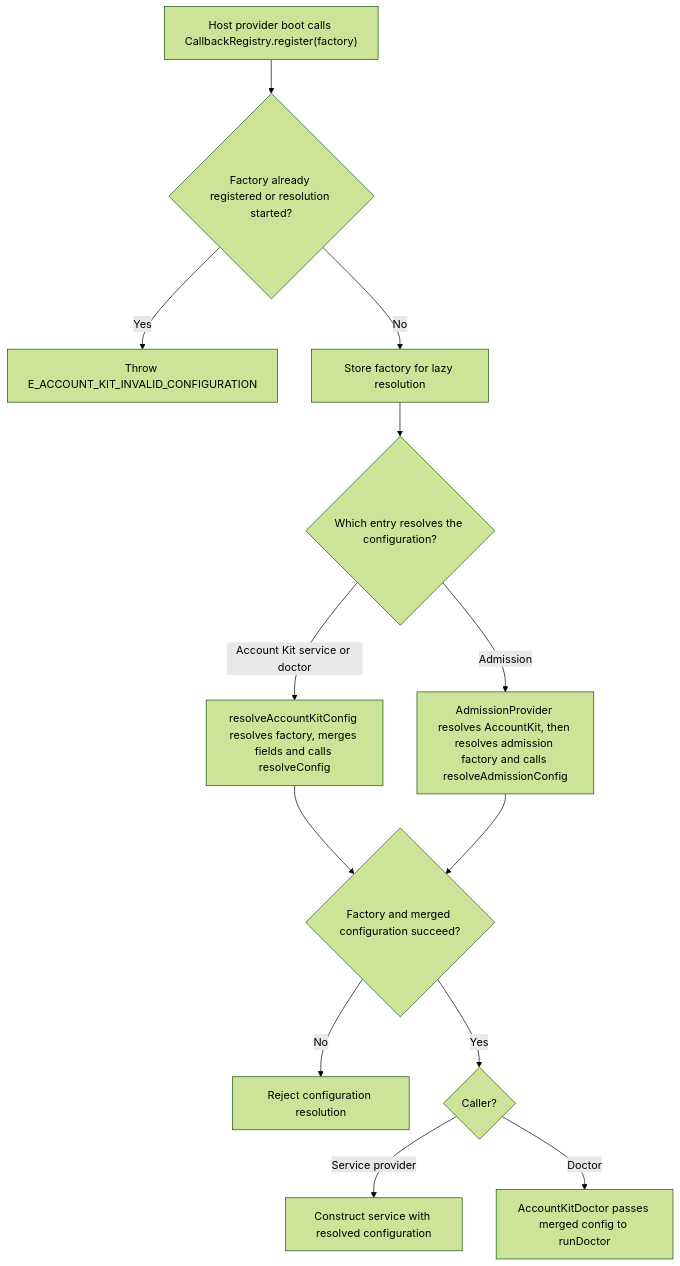
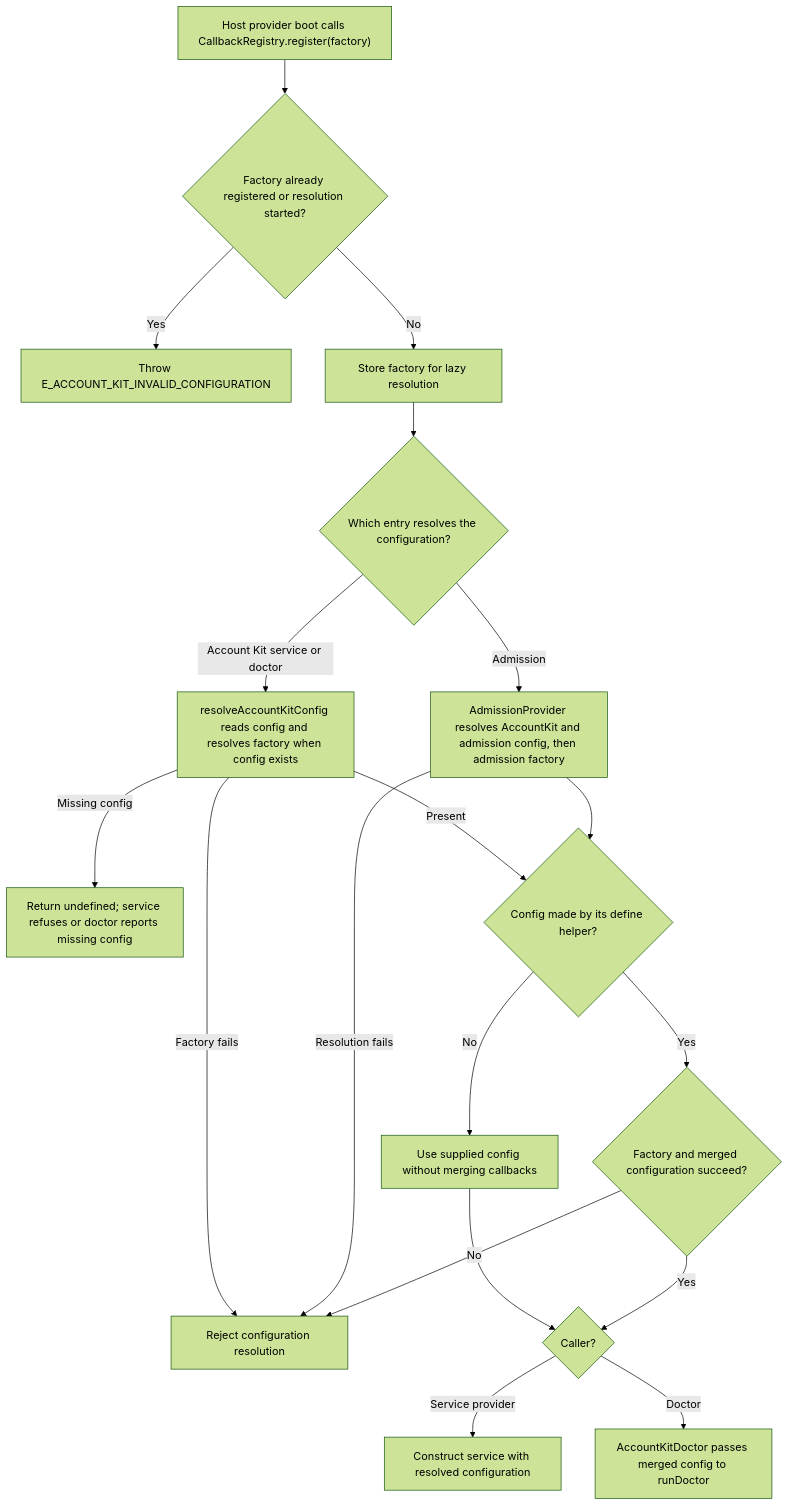
Before and after one commit to Kevinjohn/oss-adonisjs-account-kit: the second of 2 diagrams in user-stories/US-ACCOUNT-65-register-provider-callbacks.md, drawn with Mermaid (forest theme). The commit also changed other lines of this file and 42 other files, not shown here.

````diff
--- a/user-stories/US-ACCOUNT-65-register-provider-callbacks.md
+++ b/user-stories/US-ACCOUNT-65-register-provider-callbacks.md
@@ -34,15 +35,21 @@
 ```mermaid
 flowchart TD
     A["Host provider boot calls CallbackRegistry.register(factory)"] --> B{"Factory already registered or resolution started?"}
     B -->|Yes| X["Throw E_ACCOUNT_KIT_INVALID_CONFIGURATION"]
     B -->|No| C["Store factory for lazy resolution"]
     C --> D{"Which entry resolves the configuration?"}
-    D -->|Account Kit service or doctor| E["resolveAccountKitConfig resolves factory, merges fields and calls resolveConfig"]
-    D -->|Admission| F["AdmissionProvider resolves AccountKit, then resolves admission factory and calls resolveAdmissionConfig"]
-    E --> G{"Factory and merged configuration succeed?"}
-    F --> G
-    G -->|No| I["Reject configuration resolution"]
+    D -->|Account Kit service or doctor| E["resolveAccountKitConfig reads config and resolves factory when config exists"]
+    D -->|Admission| F["AdmissionProvider resolves AccountKit and admission config, then admission factory"]
+    E -->|Missing config| M["Return undefined; service refuses or doctor reports missing config"]
+    E -->|Factory fails| I["Reject configuration resolution"]
+    F -->|Resolution fails| I
+    E -->|Present| Q{"Config made by its define helper?"}
+    F --> Q
+    Q -->|No| R["Use supplied config without merging callbacks"]
+    R --> J
+    Q -->|Yes| G{"Factory and merged configuration succeed?"}
+    G -->|No| I
     G -->|Yes| J{"Caller?"}
     J -->|Service provider| H["Construct service with resolved configuration"]
     J -->|Doctor| K["AccountKitDoctor passes merged config to runDoctor"]
 ```
````
